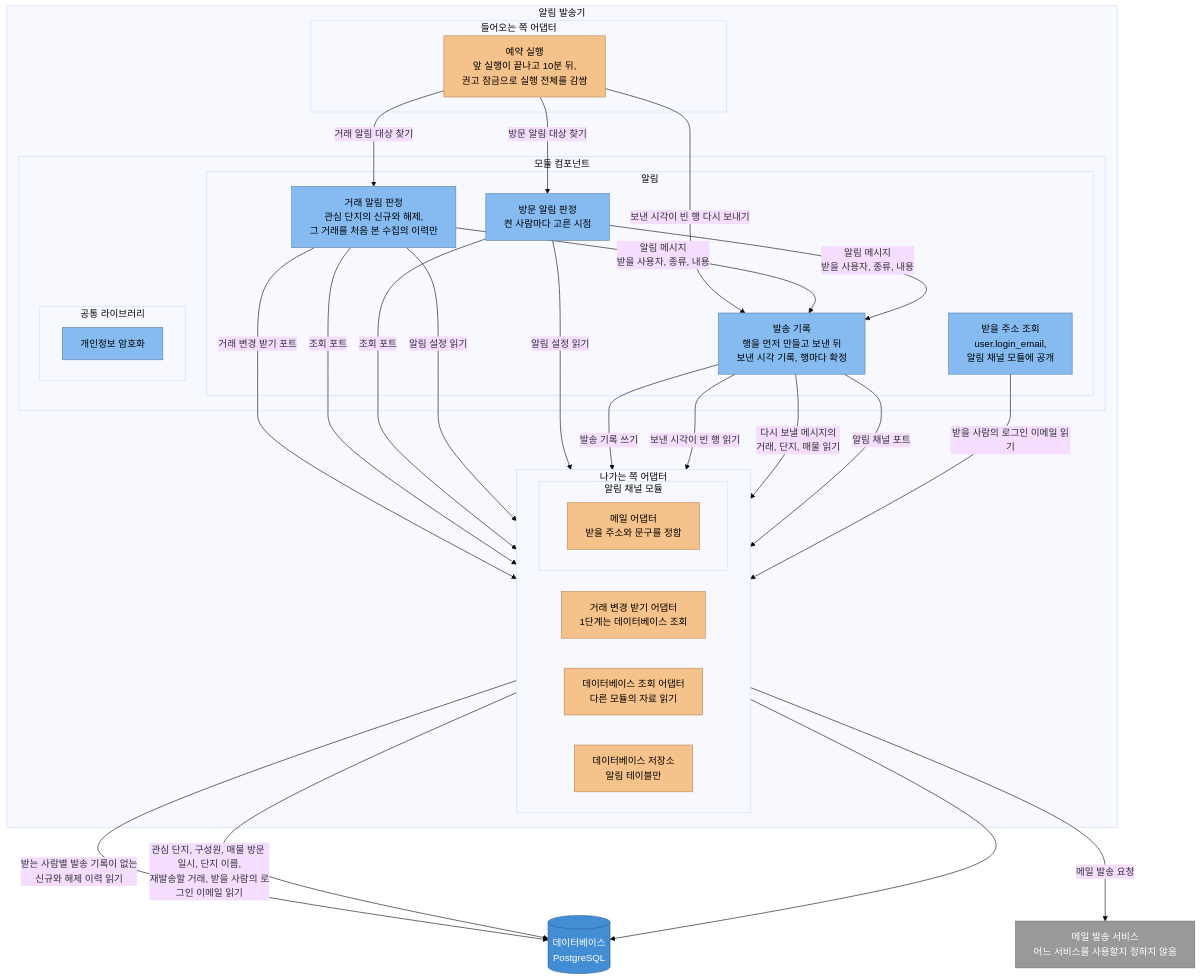
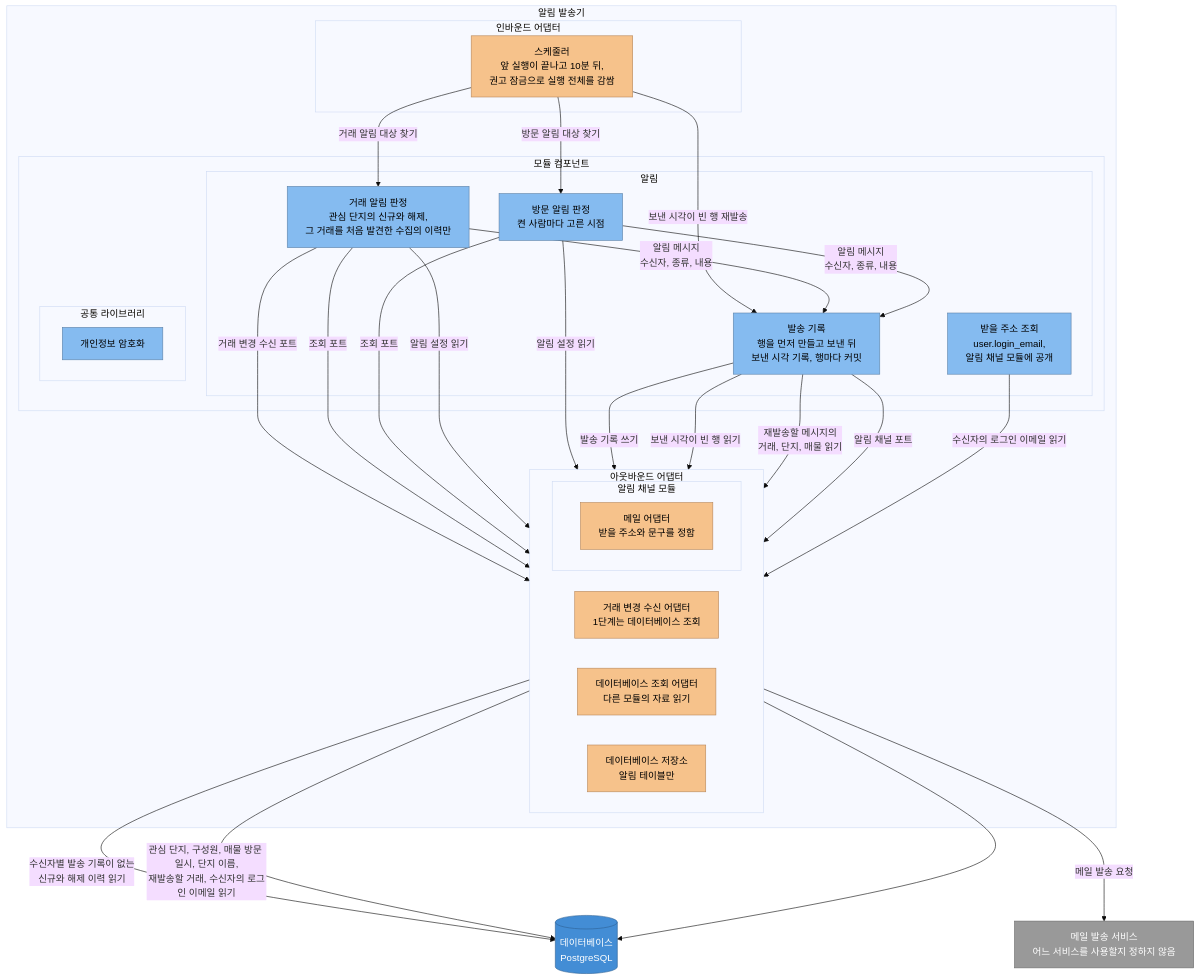
Before and after one commit to Park-Seung-Hun/real-estate: the third of 3 diagrams in docs/architecture/c4-component.md, drawn with Mermaid (base theme). The commit also changed other lines of this file and 22 other files, not shown here.

````diff
--- a/docs/architecture/c4-component.md
+++ b/docs/architecture/c4-component.md
@@ -265,63 +265,63 @@
 ```mermaid
 %%{init: {'flowchart': {'wrappingWidth': 260}}}%%
 flowchart TB
   subgraph nt["알림 발송기"]
-    subgraph nin["들어오는 쪽 어댑터"]
-      nsched["예약 실행<br/>앞 실행이 끝나고 10분 뒤,<br/>권고 잠금으로 실행 전체를 감쌈"]
+    subgraph nin["인바운드 어댑터"]
+      nsched["스케줄러<br/>앞 실행이 끝나고 10분 뒤,<br/>권고 잠금으로 실행 전체를 감쌈"]
     end
 
     subgraph nmods["모듈 컴포넌트"]
       subgraph nNoti["알림"]
-        tradeAlert["거래 알림 판정<br/>관심 단지의 신규와 해제,<br/>그 거래를 처음 본 수집의 이력만"]
+        tradeAlert["거래 알림 판정<br/>관심 단지의 신규와 해제,<br/>그 거래를 처음 발견한 수집의 이력만"]
         visitAlert["방문 알림 판정<br/>켠 사람마다 고른 시점"]
-        delivery["발송 기록<br/>행을 먼저 만들고 보낸 뒤<br/>보낸 시각 기록, 행마다 확정"]
+        delivery["발송 기록<br/>행을 먼저 만들고 보낸 뒤<br/>보낸 시각 기록, 행마다 커밋"]
         addrQ["받을 주소 조회<br/>user.login_email,<br/>알림 채널 모듈에 공개"]
       end
       subgraph nCommon["공통 라이브러리"]
         ncrypto["개인정보 암호화"]
       end
     end
 
-    subgraph nout["나가는 쪽 어댑터"]
+    subgraph nout["아웃바운드 어댑터"]
       direction LR
-      change["거래 변경 받기 어댑터<br/>1단계는 데이터베이스 조회"]
+      change["거래 변경 수신 어댑터<br/>1단계는 데이터베이스 조회"]
       query["데이터베이스 조회 어댑터<br/>다른 모듈의 자료 읽기"]
       ndb["데이터베이스 저장소<br/>알림 테이블만"]
       subgraph nch["알림 채널 모듈"]
         mailAd["메일 어댑터<br/>받을 주소와 문구를 정함"]
       end
     end
   end
 
   db[("데이터베이스<br/>PostgreSQL")]
   mail["메일 발송 서비스<br/>어느 서비스를 사용할지 정하지 않음"]
 
   nsched -->|"거래 알림 대상 찾기"| tradeAlert
   nsched -->|"방문 알림 대상 찾기"| visitAlert
-  nsched -->|"보낸 시각이 빈 행 다시 보내기"| delivery
-  tradeAlert -->|"거래 변경 받기 포트"| change
+  nsched -->|"보낸 시각이 빈 행 재발송"| delivery
+  tradeAlert -->|"거래 변경 수신 포트"| change
   tradeAlert -->|"조회 포트"| query
   visitAlert -->|"조회 포트"| query
   tradeAlert -->|"알림 설정 읽기"| ndb
   visitAlert -->|"알림 설정 읽기"| ndb
-  tradeAlert -->|"알림 메시지<br/>받을 사용자, 종류, 내용"| delivery
-  visitAlert -->|"알림 메시지<br/>받을 사용자, 종류, 내용"| delivery
+  tradeAlert -->|"알림 메시지<br/>수신자, 종류, 내용"| delivery
+  visitAlert -->|"알림 메시지<br/>수신자, 종류, 내용"| delivery
   delivery -->|"발송 기록 쓰기"| ndb
   delivery -->|"보낸 시각이 빈 행 읽기"| ndb
-  delivery -->|"다시 보낼 메시지의<br/>거래, 단지, 매물 읽기"| query
+  delivery -->|"재발송할 메시지의<br/>거래, 단지, 매물 읽기"| query
   delivery -->|"알림 채널 포트"| mailAd
-  addrQ -->|"받을 사람의 로그인 이메일 읽기"| query
-  change -->|"받는 사람별 발송 기록이 없는<br/>신규와 해제 이력 읽기"| db
-  query -->|"관심 단지, 구성원, 매물 방문 일시, 단지 이름,<br/>재발송할 거래, 받을 사람의 로그인 이메일 읽기"| db
+  addrQ -->|"수신자의 로그인 이메일 읽기"| query
+  change -->|"수신자별 발송 기록이 없는<br/>신규와 해제 이력 읽기"| db
+  query -->|"관심 단지, 구성원, 매물 방문 일시, 단지 이름,<br/>재발송할 거래, 수신자의 로그인 이메일 읽기"| db
   ndb --> db
   mailAd -->|"메일 발송 요청"| mail
 
   classDef comp fill:#85bbf0,stroke:#5d82a8,color:#000
   classDef adapter fill:#f6c28b,stroke:#b8875a,color:#000
   classDef store fill:#438dd5,stroke:#2e6295,color:#fff
   classDef ext fill:#999999,stroke:#6b6b6b,color:#fff
   class tradeAlert,visitAlert,delivery,addrQ,ncrypto comp
   class nsched,change,query,ndb,mailAd adapter
   class db store
   class mail ext
 ```
````
